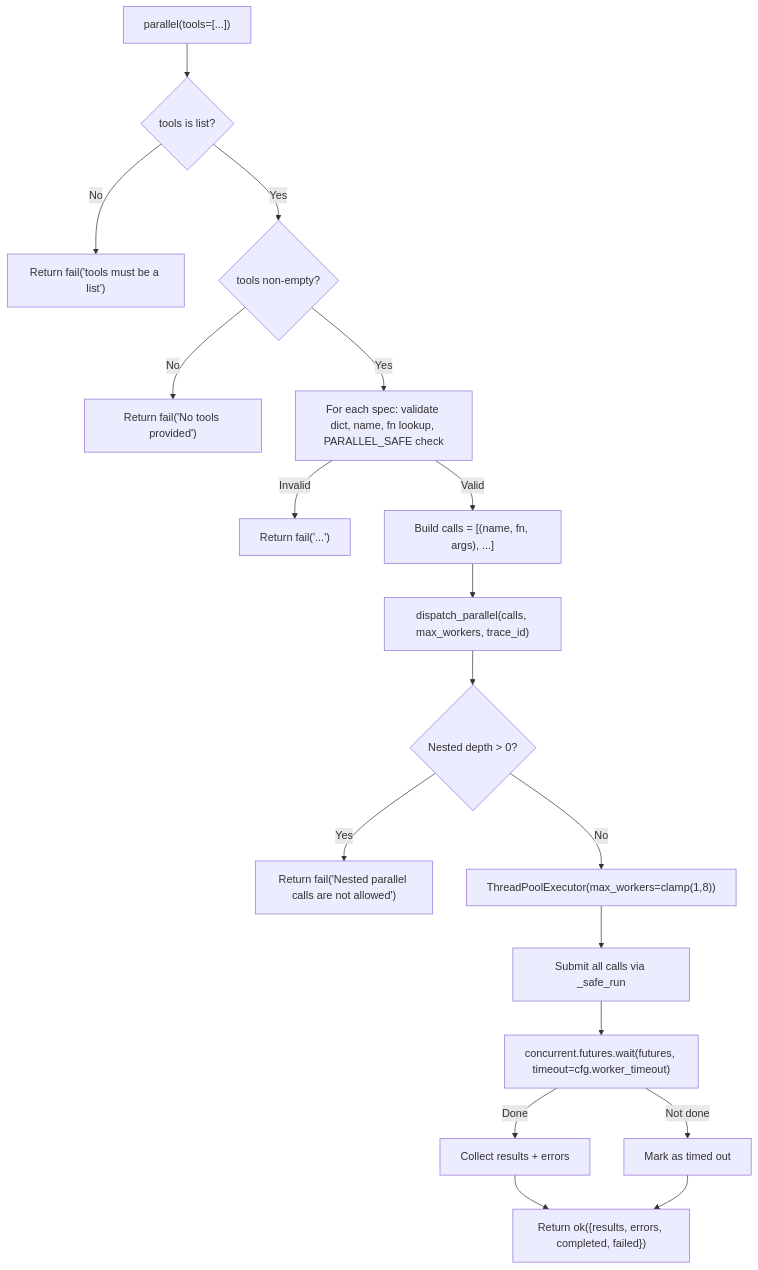
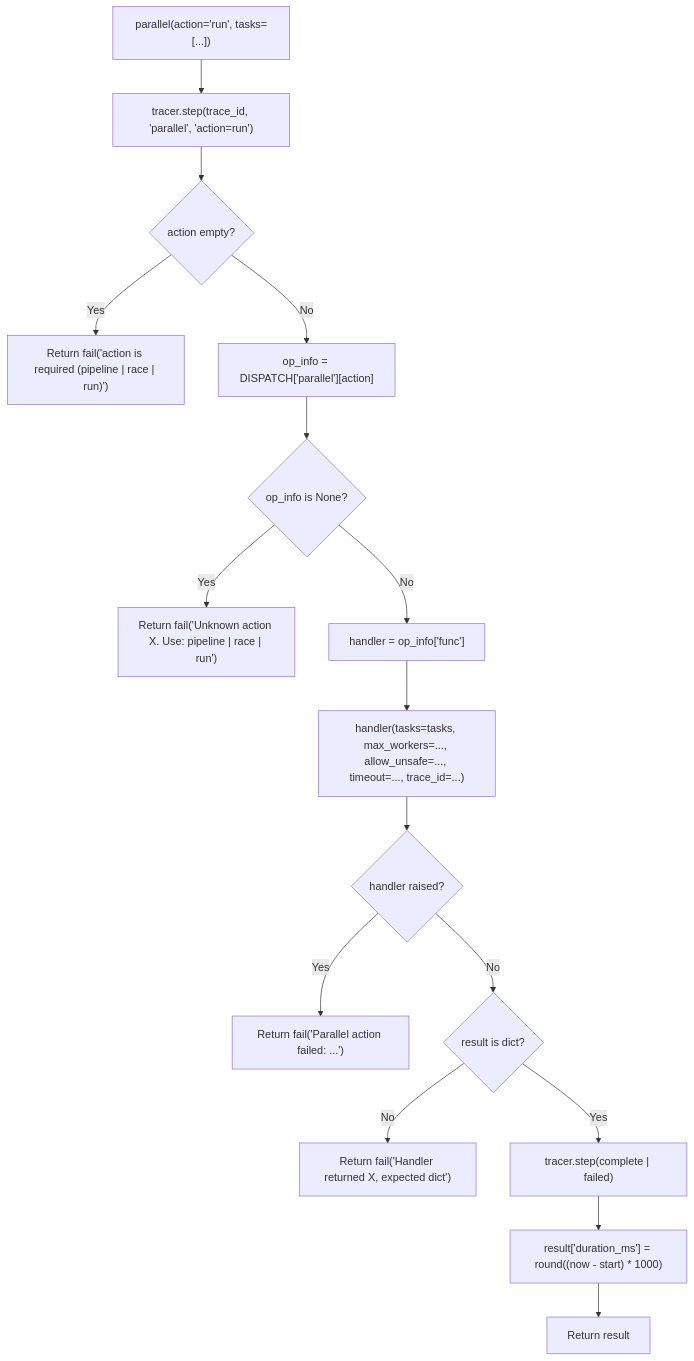
The first of 2 diagrams in docs/tools/parallel/ARCHITECTURE.md (brunogcar/agent), drawn with Mermaid before and after one commit. The commit also changed other lines of this file and 24 other files, not shown here.

First line of the commit message:
﻿feat(parallel): v1.0 — @meta_tool refactor with 3 actions (run/race/pipeline), parallel_ops/ subpackage, breaking tools→tasks rename

````diff
--- a/docs/tools/parallel/ARCHITECTURE.md
+++ b/docs/tools/parallel/ARCHITECTURE.md
@@ -35,20 +74,18 @@
 ```mermaid
 graph TD
- A["parallel(tools=[...])"] --> B{"tools is list?"}
- B -->|No| C["Return fail('tools must be a list')"]
- B -->|Yes| D{"tools non-empty?"}
- D -->|No| E["Return fail('No tools provided')"]
- D -->|Yes| F["For each spec: validate dict, name, fn lookup, PARALLEL_SAFE check"]
- F -->|Invalid| G["Return fail('...')"]
- F -->|Valid| H["Build calls = [(name, fn, args), ...]"]
- H --> I["dispatch_parallel(calls, max_workers, trace_id)"]
- I --> J{"Nested depth > 0?"}
- J -->|Yes| K["Return fail('Nested parallel calls are not allowed')"]
- J -->|No| L["ThreadPoolExecutor(max_workers=clamp(1,8))"]
- L --> M["Submit all calls via _safe_run"]
- M --> N["concurrent.futures.wait(futures, timeout=cfg.worker_timeout)"]
- N -->|Done| O["Collect results + errors"]
- N -->|Not done| P["Mark as timed out"]
- O --> Q["Return ok({results, errors, completed, failed})"]
- P --> Q
+    A["parallel(action='run', tasks=[...])"] --> B["tracer.step(trace_id, 'parallel', 'action=run')"]
+    B --> C{"action empty?"}
+    C -->|Yes| D["Return fail('action is required (pipeline | race | run)')"]
+    C -->|No| E["op_info = DISPATCH['parallel'][action]"]
+    E --> F{"op_info is None?"}
+    F -->|Yes| G["Return fail('Unknown action X. Use: pipeline | race | run')"]
+    F -->|No| H["handler = op_info['func']"]
+    H --> I["handler(tasks=tasks, max_workers=..., allow_unsafe=..., timeout=..., trace_id=...)"]
+    I --> J{"handler raised?"}
+    J -->|Yes| K["Return fail('Parallel action failed: ...')"]
+    J -->|No| L{"result is dict?"}
+    L -->|No| M["Return fail('Handler returned X, expected dict')"]
+    L -->|Yes| N["tracer.step(complete | failed)"]
+    N --> O["result['duration_ms'] = round((now - start) * 1000)"]
+    O --> P["Return result"]
 ```
````
